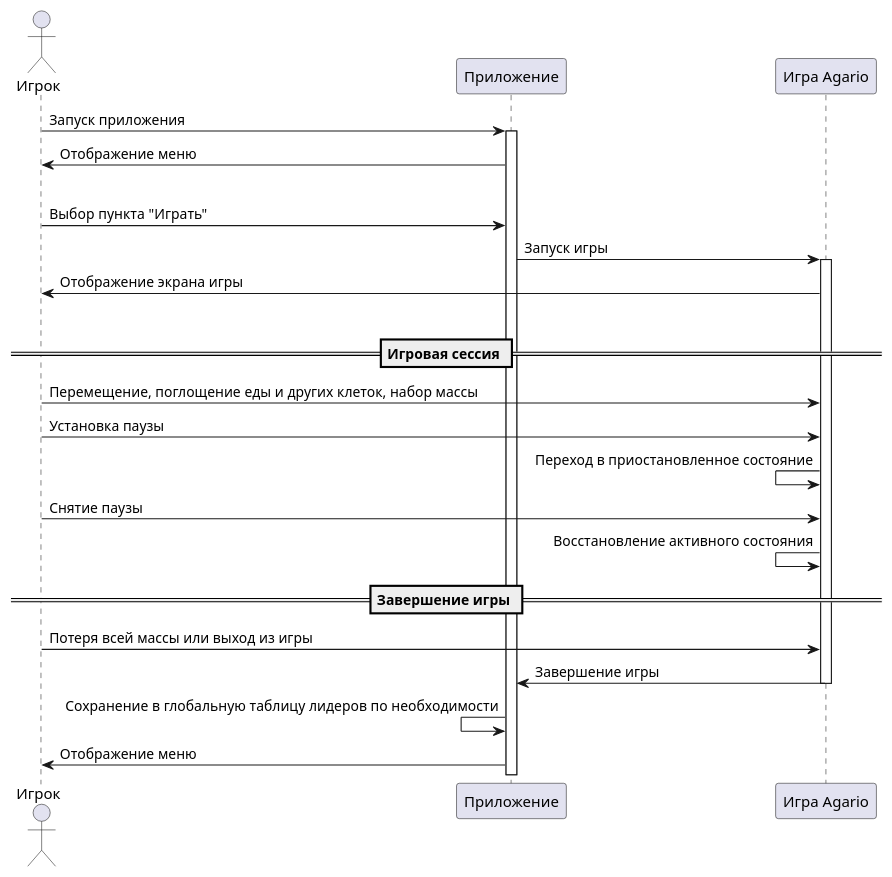
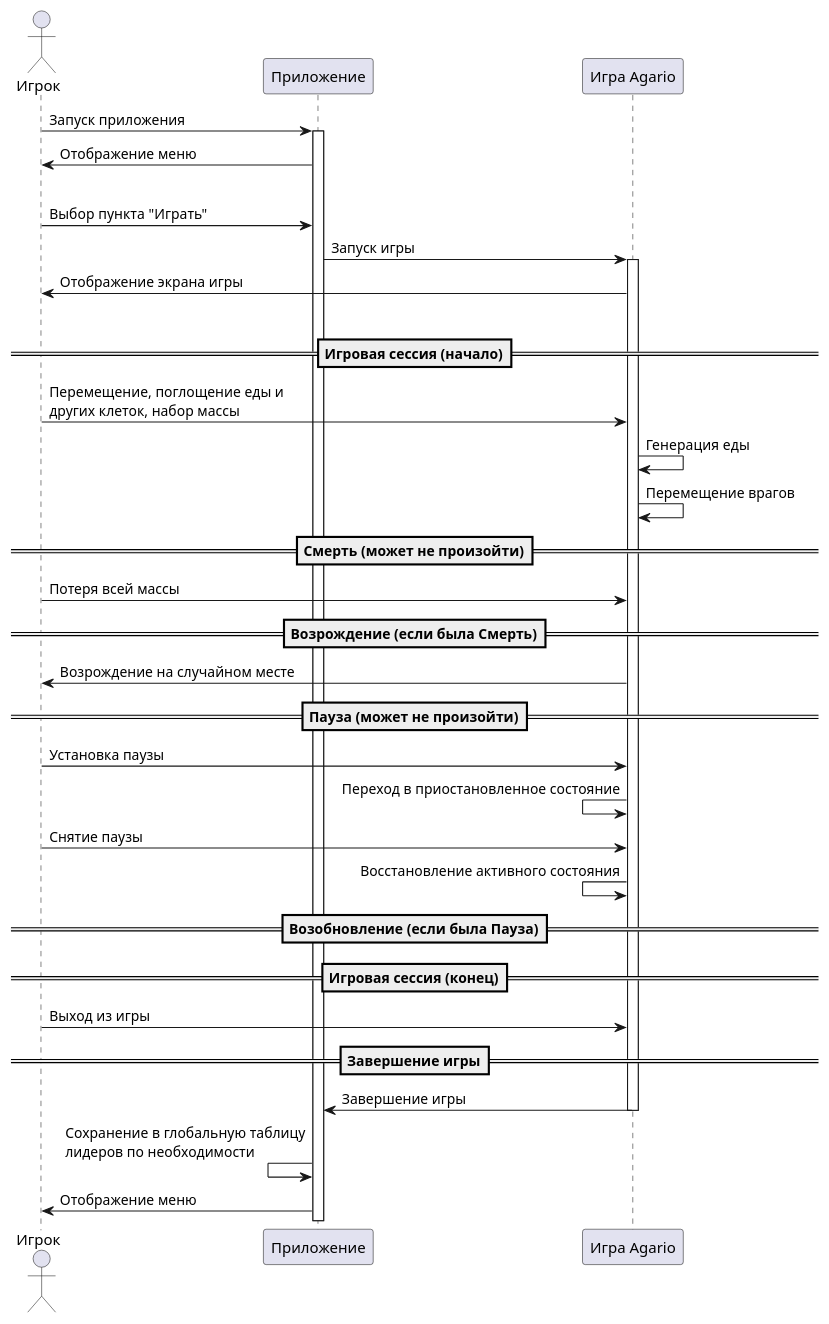
One commit to p6p62/agario changed the diagram in docs/Диаграмма последовательности для игрового процесса.wsd. Above: the diagram before and after it, drawn with PlantUML. The commit also changed 16 other files, not shown here.

```diff
--- a/docs/Диаграмма последовательности для игрового процесса.wsd
+++ b/docs/Диаграмма последовательности для игрового процесса.wsd
@@ -1,27 +1,36 @@
 @startuml Диаграмма последовательности для процесса игры
 actor Игрок as player
 participant "Приложение" as application
 participant "Игра Agario" as game
 
 player -> application: Запуск приложения
 activate application
 player <- application: Отображение меню
 |||
 player -> application: Выбор пункта "Играть"
 application -> game: Запуск игры
 activate game
 player <- game: Отображение экрана игры
 |||
-== Игровая сессия ==
-player -> game: Перемещение, поглощение еды и других клеток, набор массы
+==Игровая сессия (начало)==
+player -> game: Перемещение, поглощение еды и\nдругих клеток, набор массы
+game -> game: Генерация еды
+game -> game: Перемещение врагов
+==Смерть (может не произойти)==
+player -> game: Потеря всей массы
+==Возрождение (если была Смерть)==
+player <- game: Возрождение на случайном месте
+==Пауза (может не произойти)==
 player -> game: Установка паузы
 game <- game: Переход в приостановленное состояние
 player -> game: Снятие паузы
 game <- game: Восстановление активного состояния
-== Завершение игры ==
-player -> game: Потеря всей массы или выход из игры
+==Возобновление (если была Пауза)==
+==Игровая сессия (конец)==
+player -> game: Выход из игры
+==Завершение игры==
 application <- game: Завершение игры
 deactivate game
-application <- application: Сохранение в глобальную таблицу лидеров по необходимости
+application <- application: Сохранение в глобальную таблицу\nлидеров по необходимости
 player <- application : Отображение меню
 @enduml
```
